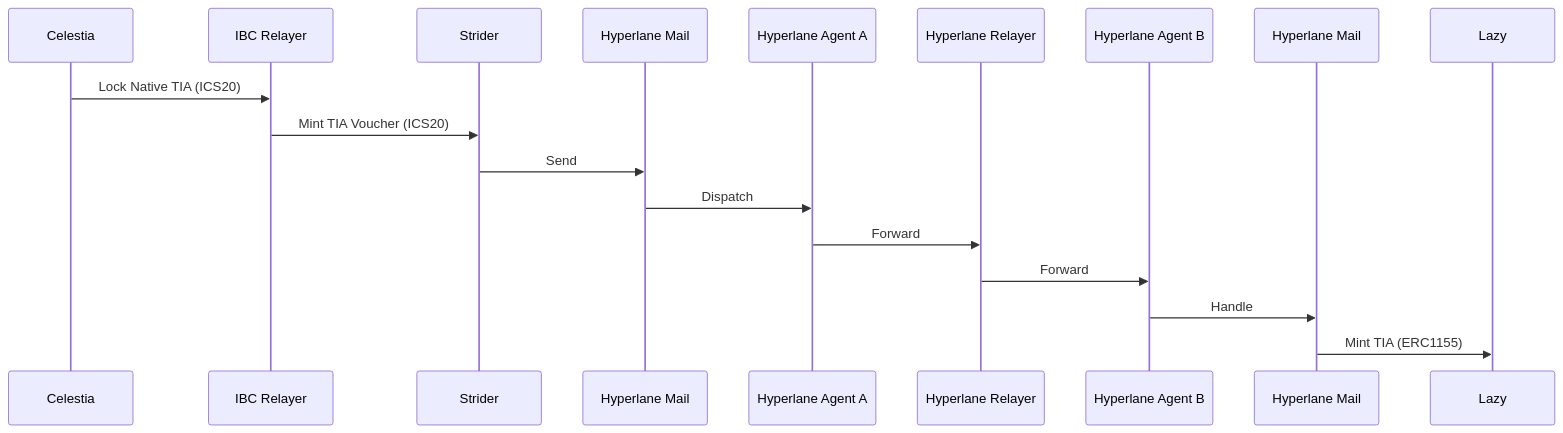
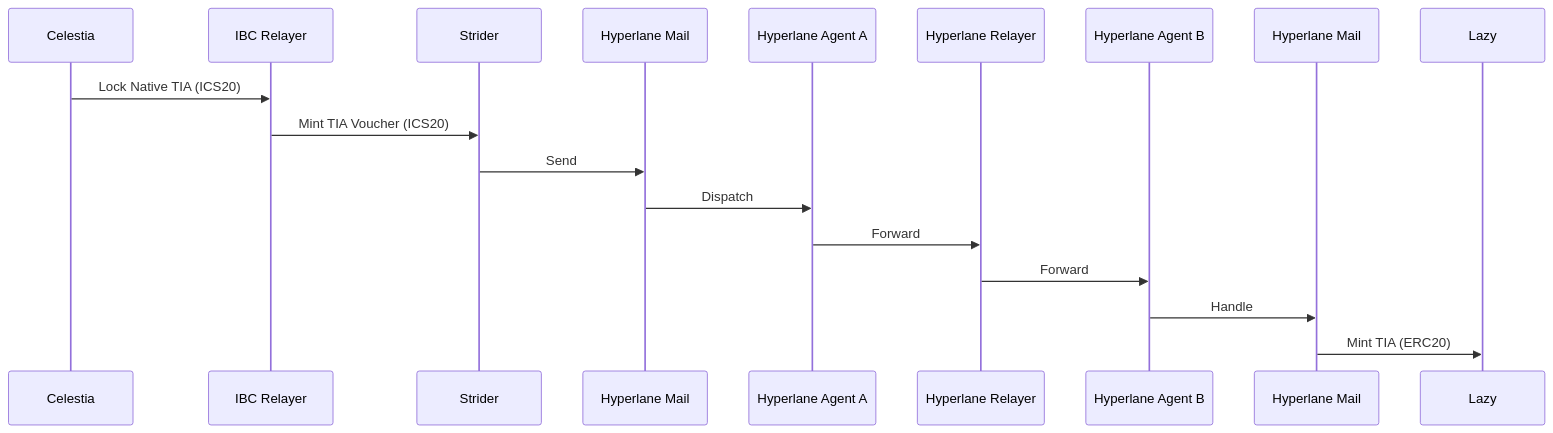
One commit to Lazychain/lazy_poc changed the second of 2 diagrams in doc/adr/0003-base-token.md. Above: the diagram before and after it, drawn with Mermaid. The commit also changed other lines of this file and 2 other files, not shown here.

Commit message:
fix: 003-adr destination token spec changed to ERC20

````diff
--- a/doc/adr/0003-base-token.md
+++ b/doc/adr/0003-base-token.md
@@ -85,21 +85,21 @@
 ```mermaid
 sequenceDiagram
     participant CL as Celestia
     participant IBC_RL as IBC Relayer
     participant ST_ICS20 as Strider
     participant IC_MAIL as Hyperlane Mail
     participant HL_A as Hyperlane Agent A
     participant HL_RY as Hyperlane Relayer
     participant HL_B as Hyperlane Agent B
     participant DC_MAIL as Hyperlane Mail
-    participant DC_ERC1155 as Lazy
+    participant DC_ERC20 as Lazy
 
     CL->>IBC_RL: Lock Native TIA (ICS20)
     IBC_RL->>ST_ICS20: Mint TIA Voucher (ICS20)
     ST_ICS20->>IC_MAIL: Send
     IC_MAIL->>HL_A: Dispatch
     HL_A->>HL_RY: Forward
     HL_RY->>HL_B: Forward
     HL_B->>DC_MAIL: Handle
-    DC_MAIL->>DC_ERC1155: Mint TIA (ERC1155)
+    DC_MAIL->>DC_ERC20: Mint TIA (ERC20)
 ```
````
